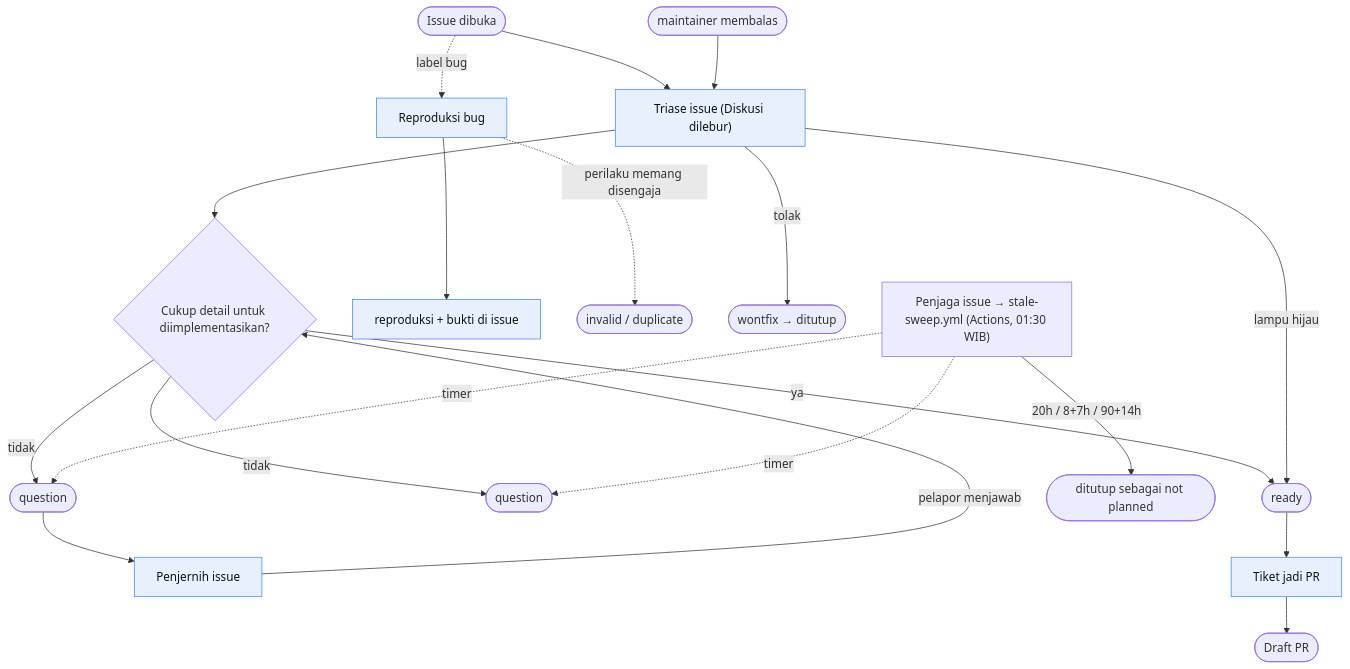
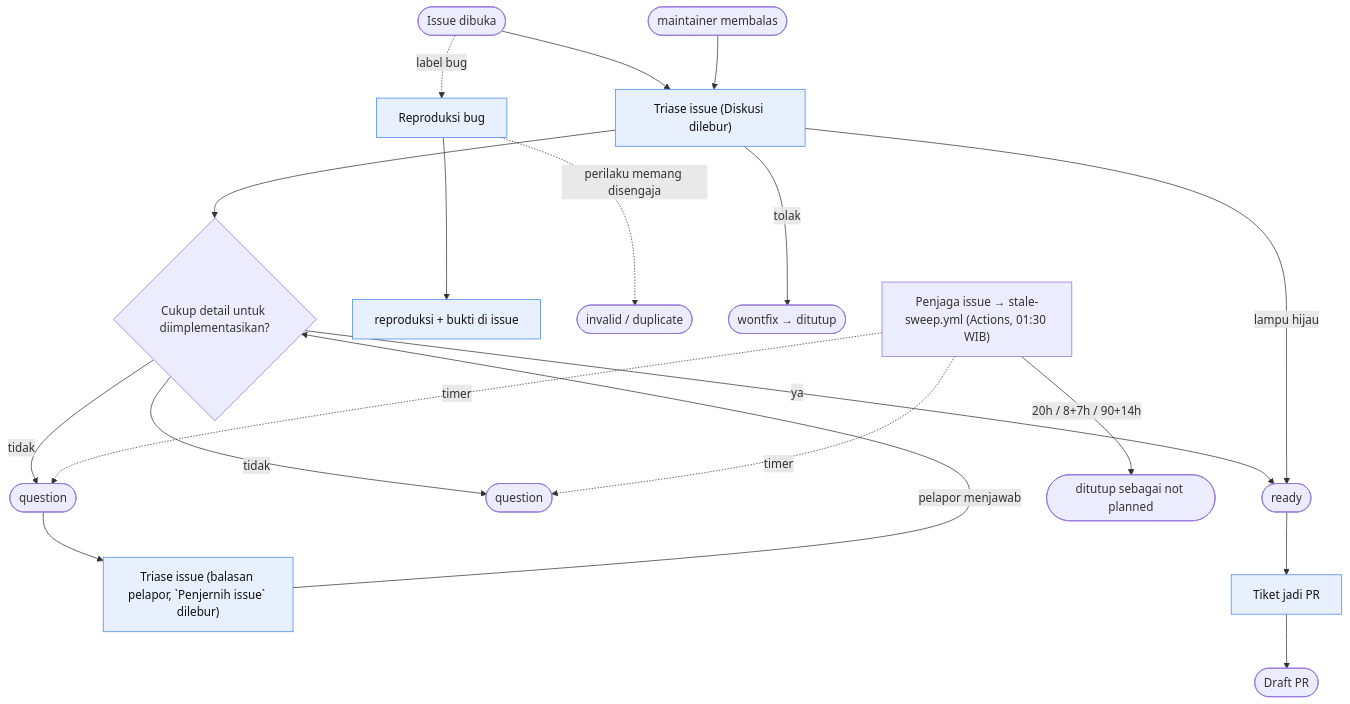
Before and after one commit to cipansor/cipansor: the third of 6 diagrams in docs/SDLC-FLOW.md, drawn with Mermaid. The commit also changed other lines of this file and 7 other files, not shown here.

````diff
--- a/docs/SDLC-FLOW.md
+++ b/docs/SDLC-FLOW.md
@@ -538,29 +541,29 @@
 ```mermaid
 flowchart TD
   classDef cloud fill:#e8f0fe,stroke:#4285f4,color:#111;
   classDef human fill:#e9f7ef,stroke:#27ae60,color:#111;
 
   I([Issue dibuka]) --> C15["Triase issue"]:::cloud
   C15 --> D{"Cukup detail untuk diimplementasikan?"}
   D -- ya --> R(["ready"])
   D -- tidak --> Q(["question"])
   D -- tidak --> NI(["question"])
 
-  NI --> C16["Penjernih issue"]:::cloud
+  NI --> C16["Triase issue (balasan pelapor, `Penjernih issue` dilebur)"]:::cloud
   C16 -- "pelapor menjawab" --> D
 
   I -. "label bug" .-> C5["Reproduksi bug"]:::cloud
   C5 --> BUG["reproduksi + bukti di issue"]:::cloud
   C5 -. "perilaku memang disengaja" .-> INV(["invalid / duplicate"])
 
   PM(["maintainer membalas"]) --> C15["Triase issue (Diskusi dilebur)"]:::cloud
   C15 -- "lampu hijau" --> R
   C15 -- "tolak" --> WF(["wontfix → ditutup"])
 
   R --> C6["Tiket jadi PR"]:::cloud --> DPR([Draft PR])
 
   C21["Penjaga issue → stale-sweep.yml (Actions, 01:30 WIB)"]:::gh
   C21 -. "timer" .-> NI
   C21 -. "timer" .-> Q
   C21 -- "20h / 8+7h / 90+14h" --> CL(["ditutup sebagai not planned"])
 ```
````
